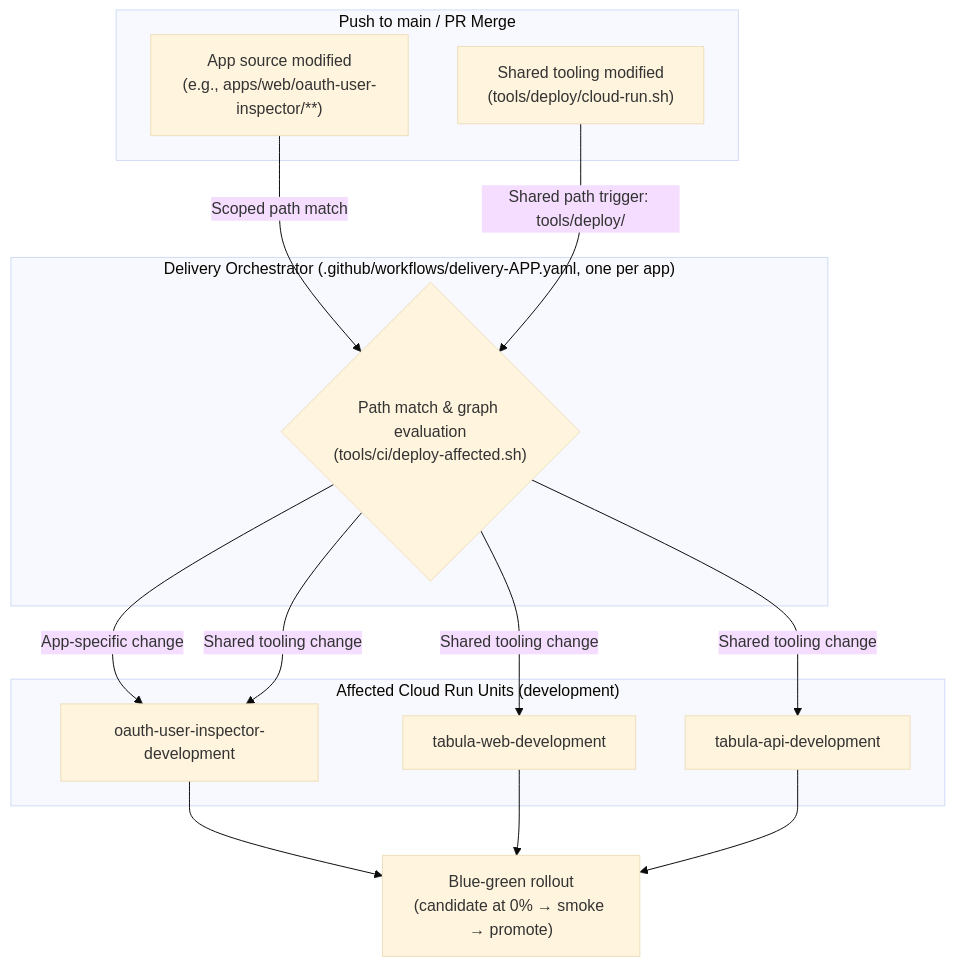
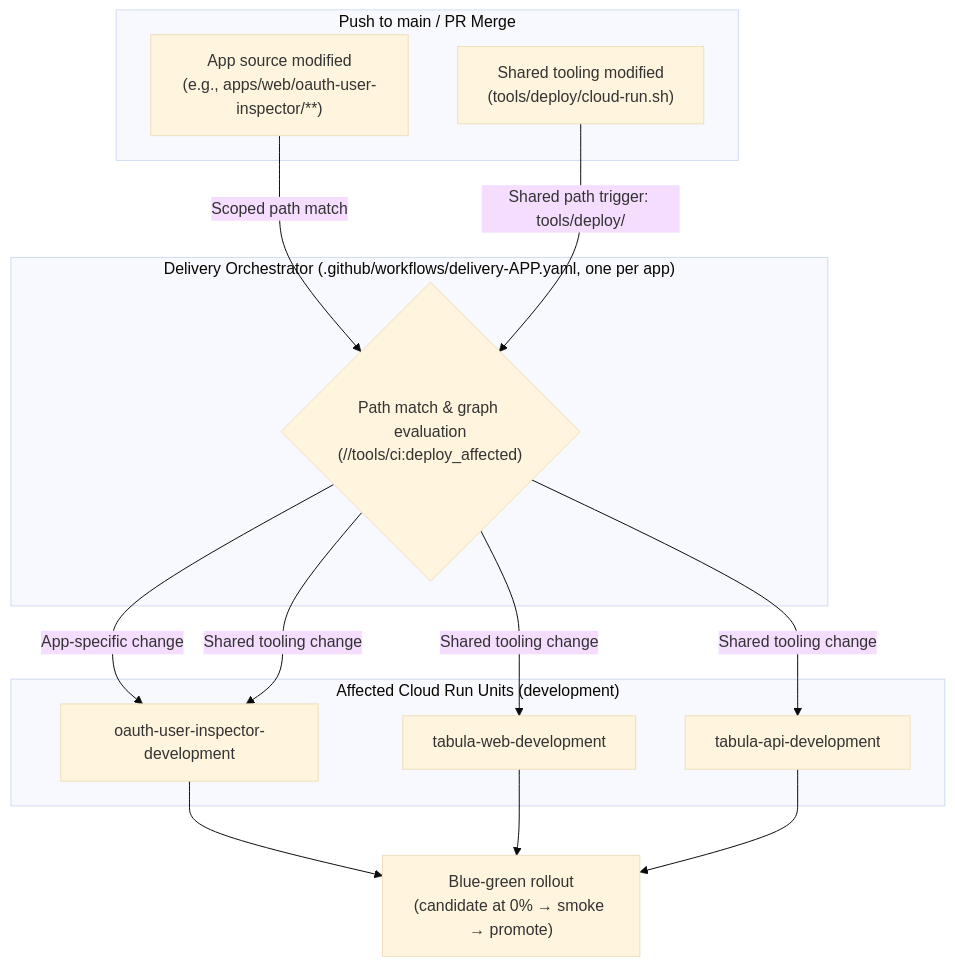
The fourth of 5 diagrams in docs/concepts/sdlc.md (VitruvianSoftware/vitruvian-core), drawn with Mermaid (base theme) before and after one commit. The commit also changed other lines of this file and 52 other files, not shown here.

````diff
--- a/docs/concepts/sdlc.md
+++ b/docs/concepts/sdlc.md
@@ -117,27 +117,27 @@
 ```mermaid
 flowchart TD
     subgraph Triggers["Push to main / PR Merge"]
         APP_SRC["App source modified<br/>(e.g., apps/web/oauth-user-inspector/**)"]
         SHARED_TOOL["Shared tooling modified<br/>(tools/deploy/cloud-run.sh)"]
     end
 
     subgraph Orchestrator["Delivery Orchestrator (.github/workflows/delivery-APP.yaml, one per app)"]
-        EVAL{"Path match & graph evaluation<br/>(tools/ci/deploy-affected.sh)"}
+        EVAL{"Path match & graph evaluation<br/>(//tools/ci:deploy_affected)"}
     end
 
     subgraph Units["Affected Cloud Run Units (development)"]
         OAUTH["oauth-user-inspector-development"]
         TAB_WEB["tabula-web-development"]
         TAB_API["tabula-api-development"]
     end
 
     APP_SRC -->|Scoped path match| EVAL
     SHARED_TOOL -->|Shared path trigger: tools/deploy/| EVAL
 
     EVAL -->|App-specific change| OAUTH
     EVAL -->|Shared tooling change| OAUTH & TAB_WEB & TAB_API
 
     OAUTH --> BLUEGREEN["Blue-green rollout<br/>(candidate at 0% → smoke → promote)"]
     TAB_WEB --> BLUEGREEN
     TAB_API --> BLUEGREEN
 ```
````
